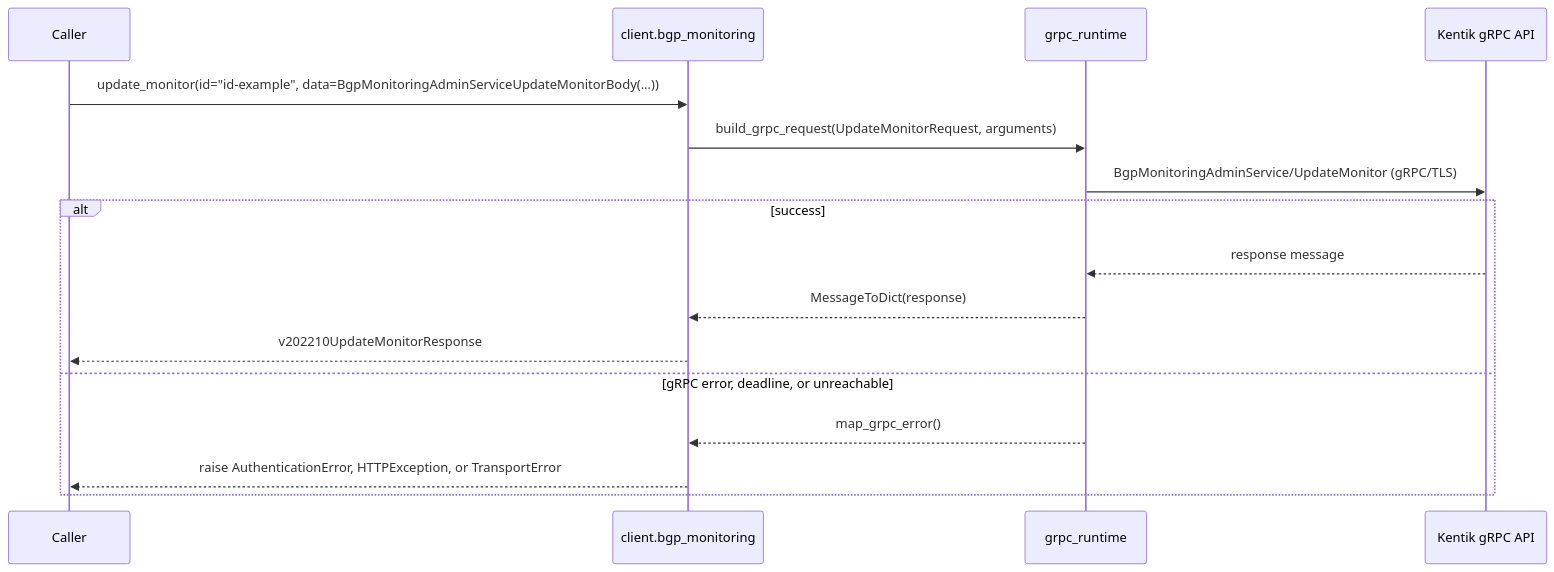
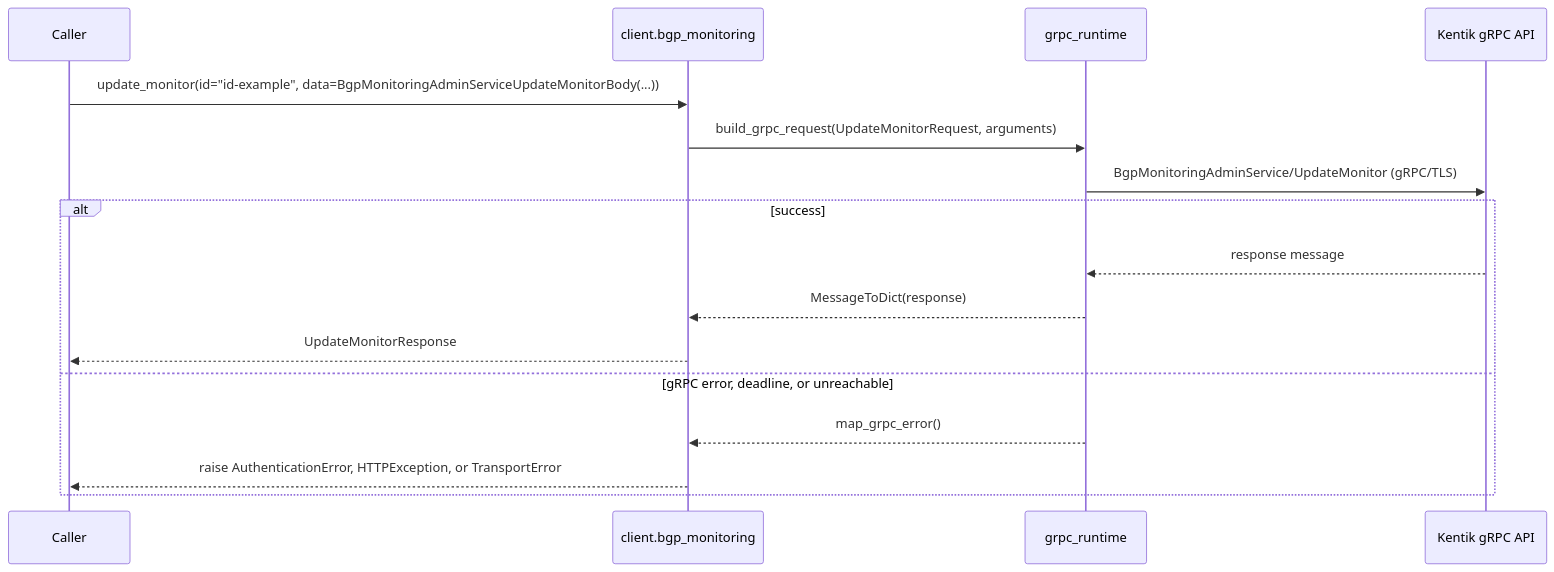
Diagram 13 of 18 in docs/sphinx/services/bgp_monitoring.md (alexdearaujo/community_sdk_python), drawn with Mermaid before and after one commit. The commit also changed other lines of this file and 38 other files, not shown here.

````diff
--- a/docs/sphinx/services/bgp_monitoring.md
+++ b/docs/sphinx/services/bgp_monitoring.md
@@ -433,19 +433,19 @@
 ```mermaid
 sequenceDiagram
     participant C as Caller
     participant W as client.bgp_monitoring
     participant R as grpc_runtime
     participant API as Kentik gRPC API
 
     C->>W: update_monitor(id="id-example", data=BgpMonitoringAdminServiceUpdateMonitorBody(...))
     W->>R: build_grpc_request(UpdateMonitorRequest, arguments)
     R->>API: BgpMonitoringAdminService/UpdateMonitor (gRPC/TLS)
     alt success
         API-->>R: response message
         R-->>W: MessageToDict(response)
-        W-->>C: v202210UpdateMonitorResponse
+        W-->>C: UpdateMonitorResponse
     else gRPC error, deadline, or unreachable
         R-->>W: map_grpc_error()
         W-->>C: raise AuthenticationError, HTTPException, or TransportError
     end
 ```
````
